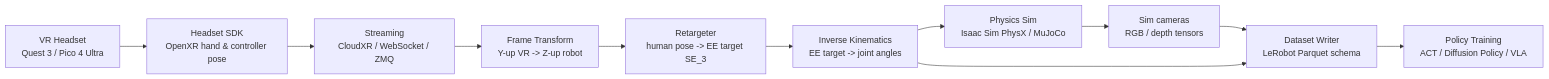
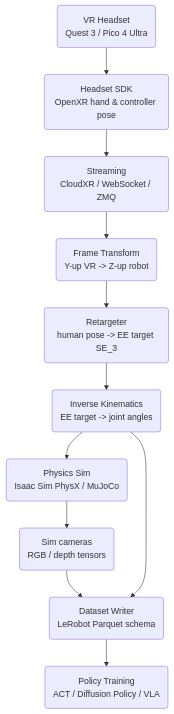
One commit to haymanmk/EmbodiedAILab changed the diagram in wiki/concepts/VR Teleoperation in Simulation.md. Above: the diagram before and after it, drawn with Mermaid.

Commit message:
tutor: round node corners in VR teleop data-flow diagram

````diff
--- a/wiki/concepts/VR Teleoperation in Simulation.md
+++ b/wiki/concepts/VR Teleoperation in Simulation.md
@@ -32,18 +32,18 @@
 ```mermaid
-flowchart LR
-    HMD[VR Headset<br/>Quest 3 / Pico 4 Ultra]
-    SDK[Headset SDK<br/>OpenXR hand & controller pose]
-    NET[Streaming<br/>CloudXR / WebSocket / ZMQ]
-    XFM[Frame Transform<br/>Y-up VR -> Z-up robot]
-    RT[Retargeter<br/>human pose -> EE target SE_3]
-    IK[Inverse Kinematics<br/>EE target -> joint angles]
-    SIM[Physics Sim<br/>Isaac Sim PhysX / MuJoCo]
-    CAM[Sim cameras<br/>RGB / depth tensors]
-    DS[Dataset Writer<br/>LeRobot Parquet schema]
-    POL[Policy Training<br/>ACT / Diffusion Policy / VLA]
+flowchart TD
+    HMD(VR Headset<br/>Quest 3 / Pico 4 Ultra)
+    SDK(Headset SDK<br/>OpenXR hand & controller pose)
+    NET(Streaming<br/>CloudXR / WebSocket / ZMQ)
+    XFM(Frame Transform<br/>Y-up VR -> Z-up robot)
+    RT(Retargeter<br/>human pose -> EE target SE_3)
+    IK(Inverse Kinematics<br/>EE target -> joint angles)
+    SIM(Physics Sim<br/>Isaac Sim PhysX / MuJoCo)
+    CAM(Sim cameras<br/>RGB / depth tensors)
+    DS(Dataset Writer<br/>LeRobot Parquet schema)
+    POL(Policy Training<br/>ACT / Diffusion Policy / VLA)
 
     HMD --> SDK --> NET --> XFM --> RT --> IK --> SIM
     SIM --> CAM --> DS
     IK --> DS
     DS --> POL
 ```
````
